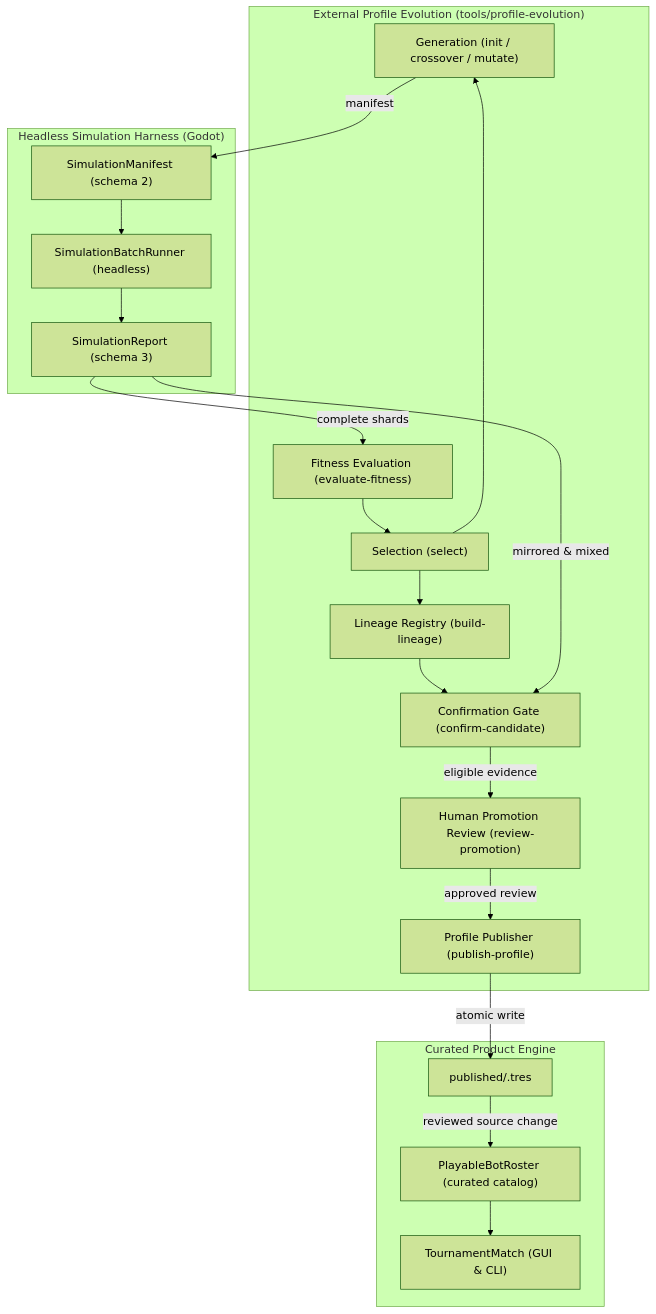
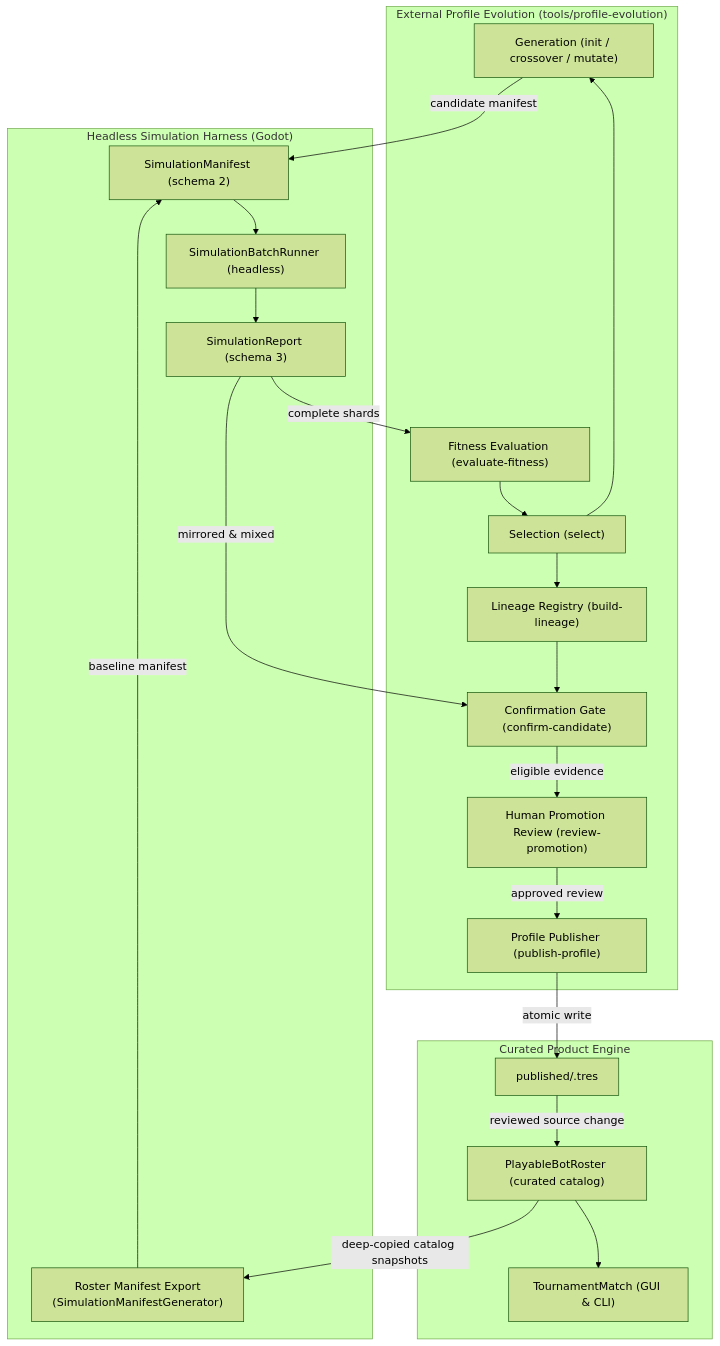
Before and after one commit to rofferdal/pokahdot: the third of 3 diagrams in devdocs/reference/architecture.md, drawn with Mermaid (forest theme). The commit also changed other lines of this file and 9 other files, not shown here.

Commit message:
Updated devdocs for changes after Milestone 7 — Playable roster simulation manifest generation

````diff
--- a/devdocs/reference/architecture.md
+++ b/devdocs/reference/architecture.md
@@ -267,39 +267,42 @@
 ```mermaid
 flowchart TD
     subgraph PythonWorkflow["External Profile Evolution (tools/profile-evolution)"]
         GEN["Generation (init / crossover / mutate)"]
         FIT["Fitness Evaluation (evaluate-fitness)"]
         SEL["Selection (select)"]
         LIN["Lineage Registry (build-lineage)"]
         CONF["Confirmation Gate (confirm-candidate)"]
         REV["Human Promotion Review (review-promotion)"]
         PUB["Profile Publisher (publish-profile)"]
     end
 
     subgraph SimulationHarness["Headless Simulation Harness (Godot)"]
+        EXP["Roster Manifest Export\n(SimulationManifestGenerator)"]
         MAN["SimulationManifest (schema 2)"]
         RUN["SimulationBatchRunner (headless)"]
         REP["SimulationReport (schema 3)"]
     end
 
     subgraph ProductCore["Curated Product Engine"]
         RES["published/<candidate>.tres"]
         PBR["PlayableBotRoster (curated catalog)"]
         MATCH["TournamentMatch (GUI & CLI)"]
     end
 
-    GEN -->|manifest| MAN
+    PBR -->|deep-copied catalog snapshots| EXP
+    EXP -->|baseline manifest| MAN
+    GEN -->|candidate manifest| MAN
     MAN --> RUN
     RUN --> REP
     REP -->|complete shards| FIT
     FIT --> SEL
     SEL --> GEN
     SEL --> LIN
     LIN --> CONF
     REP -->|mirrored & mixed| CONF
     CONF -->|eligible evidence| REV
     REV -->|approved review| PUB
     PUB -->|atomic write| RES
     RES -->|reviewed source change| PBR
     PBR --> MATCH
 ```
````
